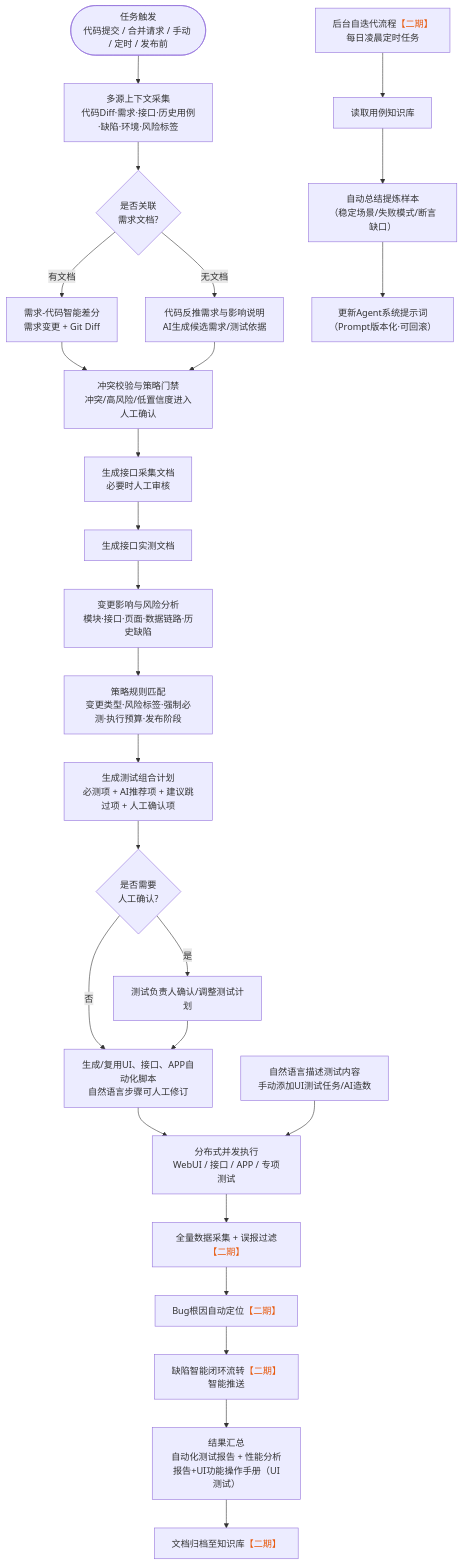
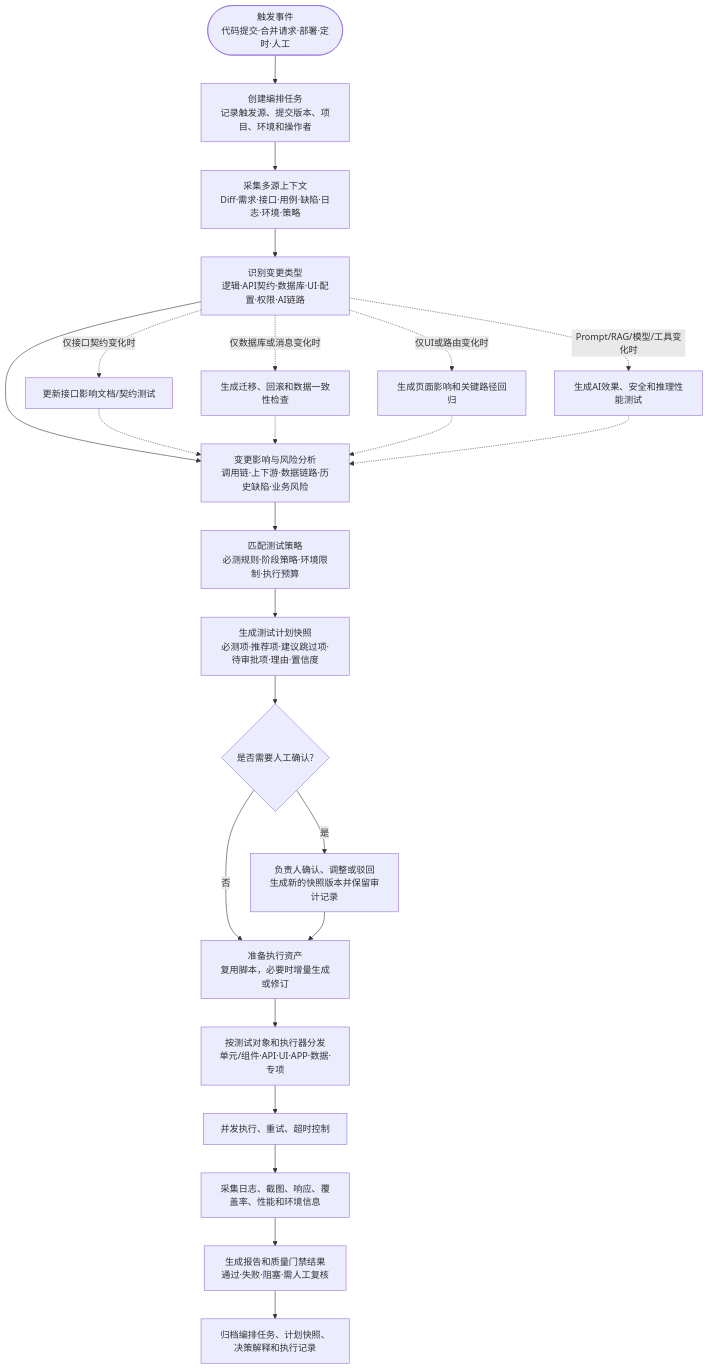
One commit to xiangsong97/xueran changed the fifth of 9 diagrams in AI驱动自动化测试平台自研落地实施方案.md. Above: the diagram before and after it, drawn with Mermaid. The commit also changed other lines of this file, not shown here.

Commit message:
docs: clarify AI test orchestration and chapter 5 flows

````diff
--- a/AI驱动自动化测试平台自研落地实施方案.md
+++ b/AI驱动自动化测试平台自研落地实施方案.md
@@ -600,30 +693,27 @@
 ```mermaid
 flowchart TD
-    START(["任务触发<br/>代码提交 / 合并请求 / 手动 / 定时 / 发布前"]) --> CTX["多源上下文采集<br/>代码Diff·需求·接口·历史用例·缺陷·环境·风险标签"]
-    CTX --> JUDGE{"是否关联<br/>需求文档?"}
-    JUDGE -- "有文档" --> DIFF["需求-代码智能差分<br/>需求变更 + Git Diff"]
-    JUDGE -- "无文档" --> REVERSE["代码反推需求与影响说明<br/>AI生成候选需求/测试依据"]
-    DIFF --> CONFLICT
-    REVERSE --> CONFLICT["冲突校验与策略门禁<br/>冲突/高风险/低置信度进入人工确认"]
-    CONFLICT --> COL["生成接口采集文档<br/>必要时人工审核"]
-    COL --> DOC["生成接口实测文档"]
-    DOC --> IMPACT["变更影响与风险分析<br/>模块·接口·页面·数据链路·历史缺陷"]
-    IMPACT --> RULE["策略规则匹配<br/>变更类型·风险标签·强制必测·执行预算·发布阶段"]
-    RULE --> PLAN["生成测试组合计划<br/>必测项 + AI推荐项 + 建议跳过项 + 人工确认项"]
-    PLAN --> GATE{"是否需要<br/>人工确认?"}
-    GATE -- "否" --> SCRIPT["生成/复用UI、接口、APP自动化脚本<br/>自然语言步骤可人工修订"]
-    GATE -- "是" --> APPROVE["测试负责人确认/调整测试计划"]
-    APPROVE --> SCRIPT
-    SCRIPT --> EXEC["分布式并发执行<br/>WebUI / 接口 / APP / 专项测试"]
-    COLLECT["自然语言描述测试内容<br/>手动添加UI测试任务/AI造数"] --> EXEC
-    EXEC --> COLLE["全量数据采集 + 误报过滤<span style="color:#e8590c">【二期】</span>"]
-    COLLE --> ROOT["Bug根因自动定位<span style="color:#e8590c">【二期】</span>"]
-    ROOT --> DEFECT["缺陷智能闭环流转<span style="color:#e8590c">【二期】</span><br/>智能推送"]
-    DEFECT --> REPORT["结果汇总<br/>自动化测试报告 + 性能分析报告+UI功能操作手册（UI测试）"]
-    REPORT --> KB["文档归档至知识库<span style="color:#e8590c">【二期】</span>"]
+    START(["触发事件<br/>代码提交·合并请求·部署·定时·人工"]) --> TASK["创建编排任务<br/>记录触发源、提交版本、项目、环境和操作者"]
+    TASK --> CTX["采集多源上下文<br/>Diff·需求·接口·用例·缺陷·日志·环境·策略"]
+    CTX --> CLASSIFY["识别变更类型<br/>逻辑·API契约·数据库·UI·配置·权限·AI链路"]
+    CLASSIFY --> IMPACT["变更影响与风险分析<br/>调用链·上下游·数据链路·历史缺陷·业务风险"]
+    IMPACT --> RULE["匹配测试策略<br/>必测规则·阶段策略·环境限制·执行预算"]
+    RULE --> SNAPSHOT["生成测试计划快照<br/>必测项·推荐项·建议跳过项·待审批项·理由·置信度"]
+    SNAPSHOT --> GATE{"是否需要人工确认?"}
+    GATE -- "否" --> PREP
+    GATE -- "是" --> APPROVE["负责人确认、调整或驳回<br/>生成新的快照版本并保留审计记录"]
+    APPROVE --> PREP["准备执行资产<br/>复用脚本，必要时增量生成或修订"]
+    PREP --> DISPATCH["按测试对象和执行器分发<br/>单元/组件·API·UI·APP·数据·专项"]
+    DISPATCH --> EXEC["并发执行、重试、超时控制"]
+    EXEC --> COLLECT["采集日志、截图、响应、覆盖率、性能和环境信息"]
+    COLLECT --> REPORT["生成报告和质量门禁结果<br/>通过·失败·阻塞·需人工复核"]
+    REPORT --> AUDIT["归档编排任务、计划快照、决策解释和执行记录"]
 
-	ITER["后台自迭代流程<span style="color:#e8590c">【二期】</span><br/>每日凌晨定时任务"]
-    ITER --> ITER2["读取用例知识库"]
-    ITER2 --> ITER3["自动总结提炼样本<br/>（稳定场景/失败模式/断言缺口）"]
-    ITER3 --> ITER4["更新Agent系统提示词<br/>（Prompt版本化·可回滚）"]
+    CLASSIFY -. "仅接口契约变化时" .-> API_DOC["更新接口影响文档/契约测试"]
+    CLASSIFY -. "仅数据库或消息变化时" .-> DATA_PLAN["生成迁移、回滚和数据一致性检查"]
+    CLASSIFY -. "仅UI或路由变化时" .-> UI_PLAN["生成页面影响和关键路径回归"]
+    CLASSIFY -. "Prompt/RAG/模型/工具变化时" .-> AI_PLAN["生成AI效果、安全和推理性能测试"]
+    API_DOC -.-> IMPACT
+    DATA_PLAN -.-> IMPACT
+    UI_PLAN -.-> IMPACT
+    AI_PLAN -.-> IMPACT
 ```
````
